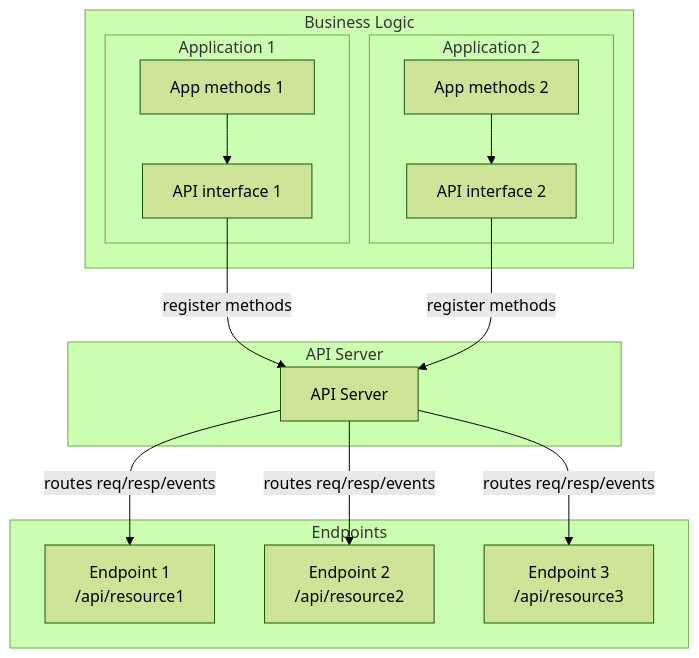
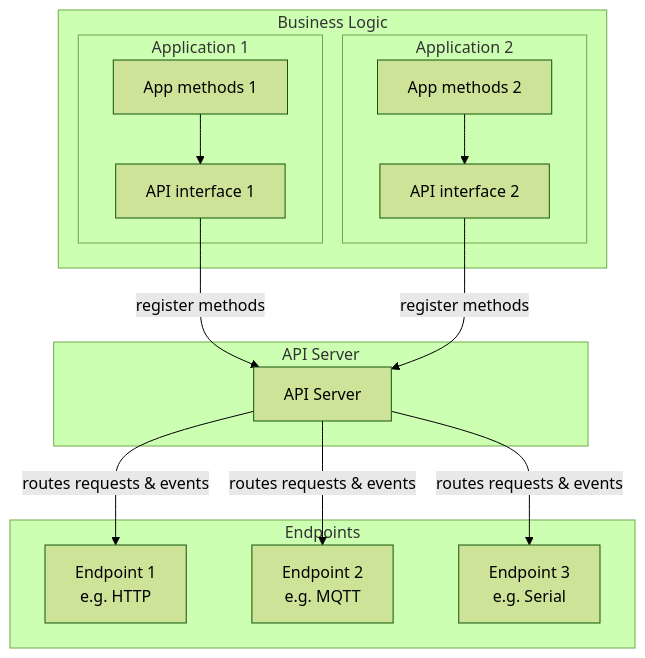
The first of 2 diagrams in lib/APIServer/README.md (pierrejay/esp32-wifi-api-dev), drawn with Mermaid (forest theme) before and after one commit. The commit also changed other lines of this file, not shown here.

Commit message:
Update APIServer docs

````diff
--- a/lib/APIServer/README.md
+++ b/lib/APIServer/README.md
@@ -45,42 +45,42 @@
 ```mermaid
 graph TB
     subgraph "Business Logic"
         subgraph "Application 1"
             BL1[App methods 1]
             API1[API interface 1]
         end
 
         subgraph "Application 2"
             BL2[App methods 2]
             API2[API interface 2]
         end
     end
 
     subgraph "API Server"
         AS[API Server]
     end
 
     subgraph "Endpoints"
-        EP1[Endpoint 1<br>/api/resource1]
-        EP2[Endpoint 2<br>/api/resource2]
-        EP3[Endpoint 3<br>/api/resource3]
+        EP1[Endpoint 1<br>e.g. HTTP]
+        EP2[Endpoint 2<br>e.g. MQTT]
+        EP3[Endpoint 3<br>e.g. Serial]
     end
 
     %% Connexions Application 1
     BL1 --> API1
     API1 --> |register methods| AS
 
     %% Connexions Application 2
     BL2 --> API2
     API2 --> |register methods| AS
 
     %% Connexions API Server vers Endpoints
-    AS --> |routes req/resp/events| EP1
-    AS --> |routes req/resp/events| EP2
-    AS --> |routes req/resp/events| EP3
+    AS --> |routes requests & events| EP1
+    AS --> |routes requests & events| EP2
+    AS --> |routes requests & events| EP3
 
     class BL1,BL2 businessLogic
     class API1,API2 apiInterface
     class EP1,EP2,EP3 endpoint
     class AS server
 ```
````
